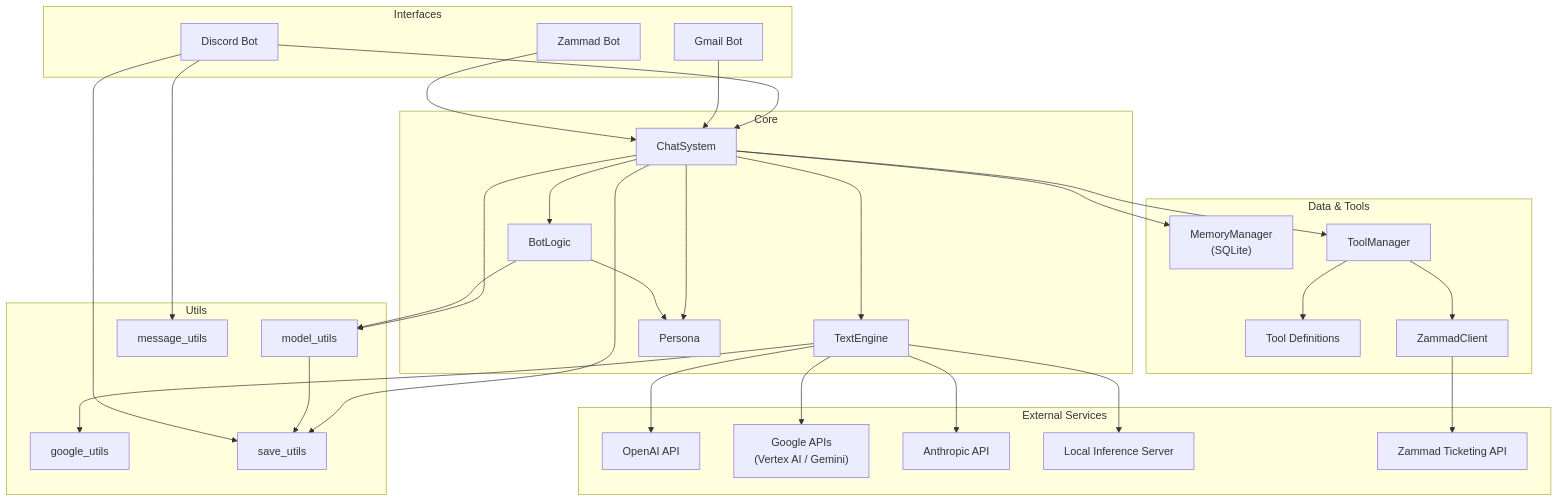
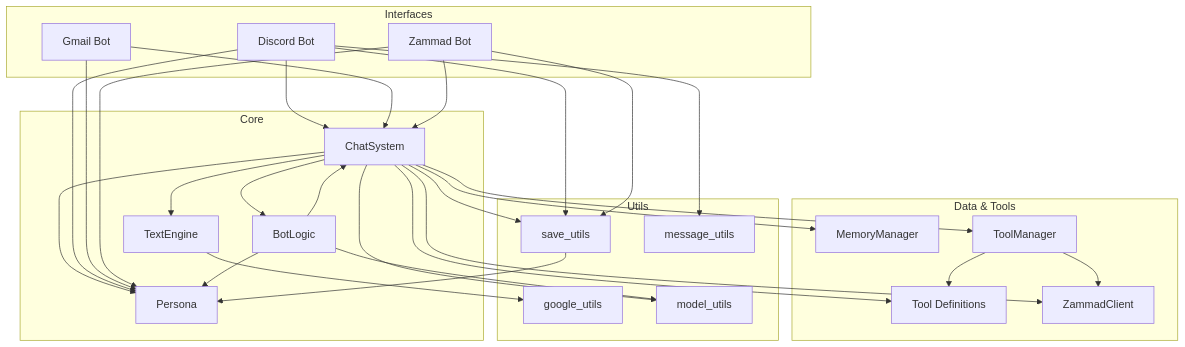
Before and after one commit to Addrick/agent-orchestrator: the diagram in readme.md, drawn with Mermaid. The commit also changed 1 other file, not shown here.

Commit message:
Add script to auto-generate Mermaid diagram from source imports
scripts/update_architecture.py parses AST imports across all src/
modules and regenerates the Mermaid block in readme.md. Also updates
docs/architecture.svg via pydeps if installed. Idempotent — only
writes when the diagram has actually changed.

````diff
--- a/readme.md
+++ b/readme.md
@@ -27,60 +27,55 @@
 ```mermaid
 graph TD
     subgraph Interfaces
-        Discord[Discord Bot]
-        Gmail[Gmail Bot]
-        Zammad_Bot[Zammad Bot]
+        Discord["Discord Bot"]
+        Gmail["Gmail Bot"]
+        ZBot["Zammad Bot"]
     end
 
     subgraph Core
         CS[ChatSystem]
         BL[BotLogic]
         Engine[TextEngine]
         Persona[Persona]
     end
 
     subgraph Data & Tools
-        MM["MemoryManager\n(SQLite)"]
+        MM[MemoryManager]
         TM[ToolManager]
-        TDef[Tool Definitions]
+        TDef["Tool Definitions"]
         ZC[ZammadClient]
     end
 
     subgraph Utils
         GU[google_utils]
         MU[model_utils]
         SU[save_utils]
         MSU[message_utils]
     end
 
-    subgraph External Services
-        OpenAI[OpenAI API]
-        Google["Google APIs\n(Vertex AI / Gemini)"]
-        Anthropic[Anthropic API]
-        Local[Local Inference Server]
-        Zammad_API[Zammad Ticketing API]
-    end
-
-    Discord & Gmail & Zammad_Bot --> CS
+    CS --> ZC
+    CS --> MM
+    CS --> Engine
     CS --> BL
-    CS --> Engine
-    CS --> MM
+    CS --> Persona
+    CS --> TDef
     CS --> TM
-    CS --> Persona
     CS --> MU
     CS --> SU
+    Engine --> GU
+    Discord --> CS
+    Discord --> Persona
+    Discord --> MSU
+    Discord --> SU
+    Gmail --> CS
+    Gmail --> Persona
+    ZBot --> CS
+    ZBot --> Persona
+    ZBot --> SU
+    BL --> CS
     BL --> Persona
     BL --> MU
-    Engine --> GU
     TM --> ZC
     TM --> TDef
-    ZC --> Zammad_API
-    MU --> SU
-    Discord --> MSU
-    Discord --> SU
-
-    Engine --> OpenAI
-    Engine --> Google
-    Engine --> Anthropic
-    Engine --> Local
+    SU --> Persona
 ```
````
